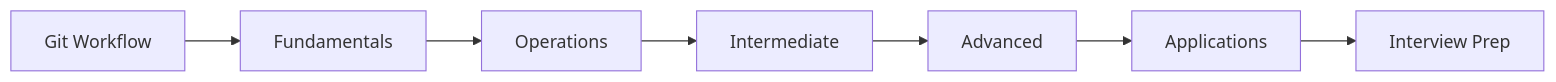
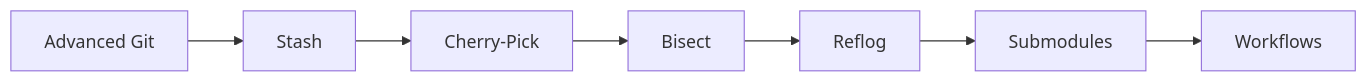
One commit to Raushan666java/ai-engineering-journey changed the diagram in docs/courses/ai-engineering-placement/04-git-linux-cli/03-git-workflow.md. Above: the diagram before and after it, drawn with Mermaid. The commit also changed other lines of this file and 219 other files, not shown here.

````diff
--- a/docs/courses/ai-engineering-placement/04-git-linux-cli/03-git-workflow.md
+++ b/docs/courses/ai-engineering-placement/04-git-linux-cli/03-git-workflow.md
@@ -27,9 +35,9 @@
 ```mermaid
 flowchart LR
-    A[Git Workflow] --> B[Fundamentals]
-    B --> C[Operations]
-    C --> D[Intermediate]
-    D --> E[Advanced]
-    E --> F[Applications]
-    F --> G[Interview Prep]
+    A[Advanced Git] --> B[Stash]
+    B --> C[Cherry-Pick]
+    C --> D[Bisect]
+    D --> E[Reflog]
+    E --> F[Submodules]
+    F --> G[Workflows]
 ```
````
